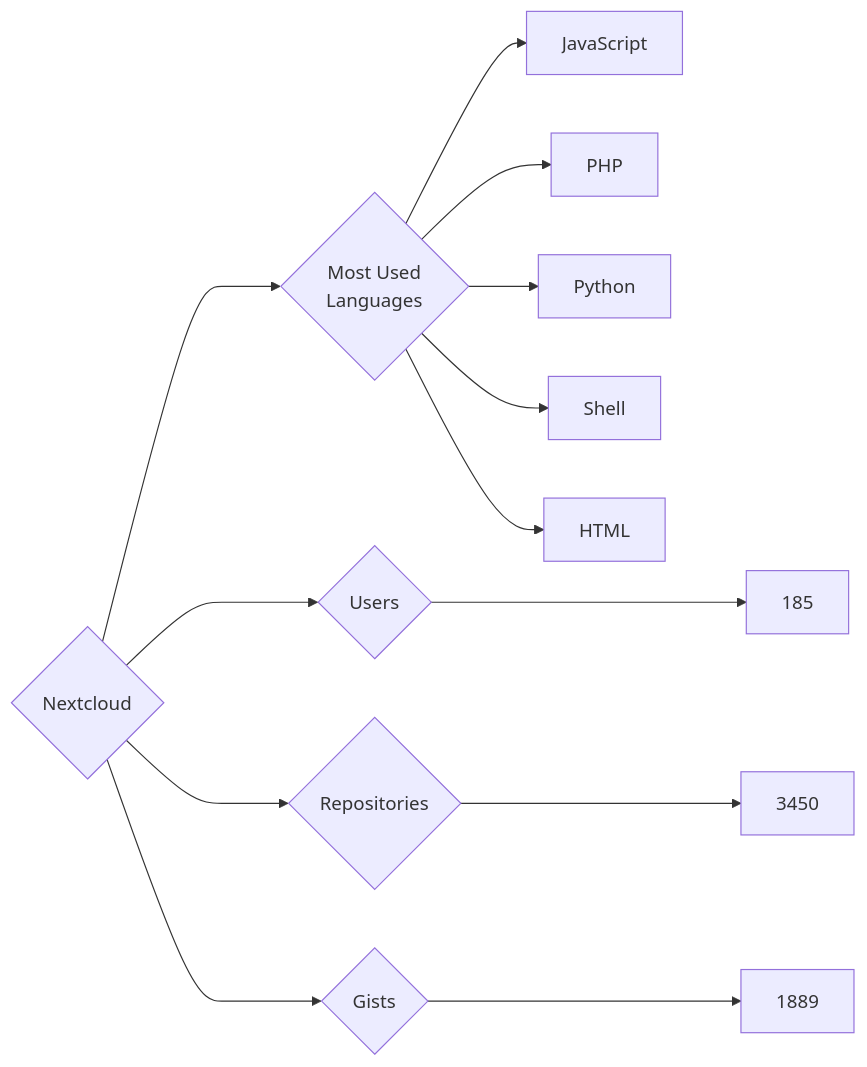
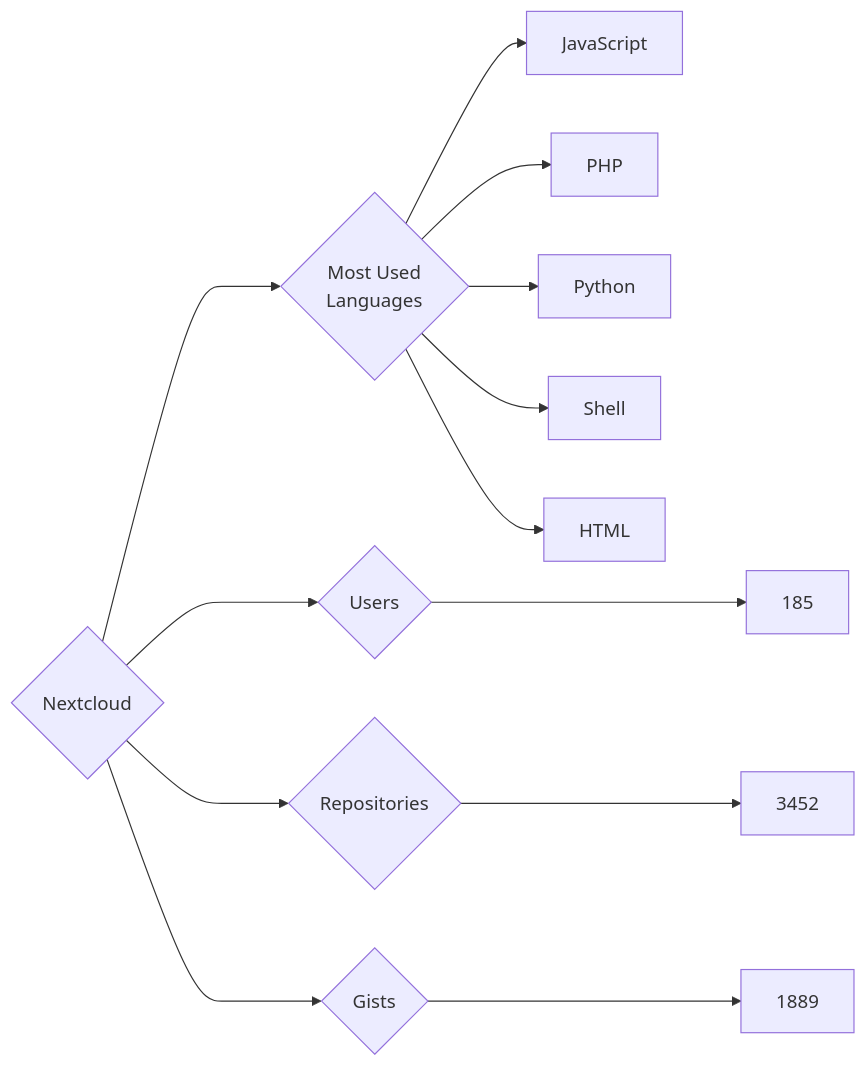
Before and after one commit to trickest/insiders: the diagram in targets/Nextcloud/README.md, drawn with Mermaid. The commit also changed 787 other files, not shown here.

````diff
--- a/targets/Nextcloud/README.md
+++ b/targets/Nextcloud/README.md
@@ -3,13 +3,13 @@
 ```mermaid
 graph LR
 COMPANY_NAME{Nextcloud}
 COMPANY_NAME ---> U{Users} ---> UN[185]
-COMPANY_NAME ---> R{Repositories} ---> RN[3450]
+COMPANY_NAME ---> R{Repositories} ---> RN[3452]
 COMPANY_NAME ---> G{Gists} ---> GN[1889]
 COMPANY_NAME ---> ML{Most Used<br>Languages}
 ML --> JavaScript[JavaScript]
 ML --> PHP[PHP]
 ML --> Python[Python]
 ML --> Shell[Shell]
 ML --> HTML[HTML]
 ```
````
